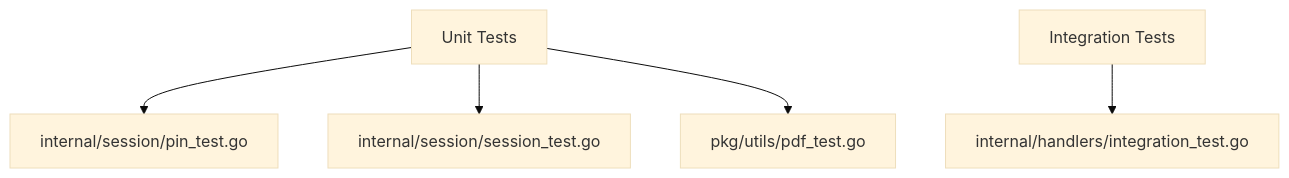
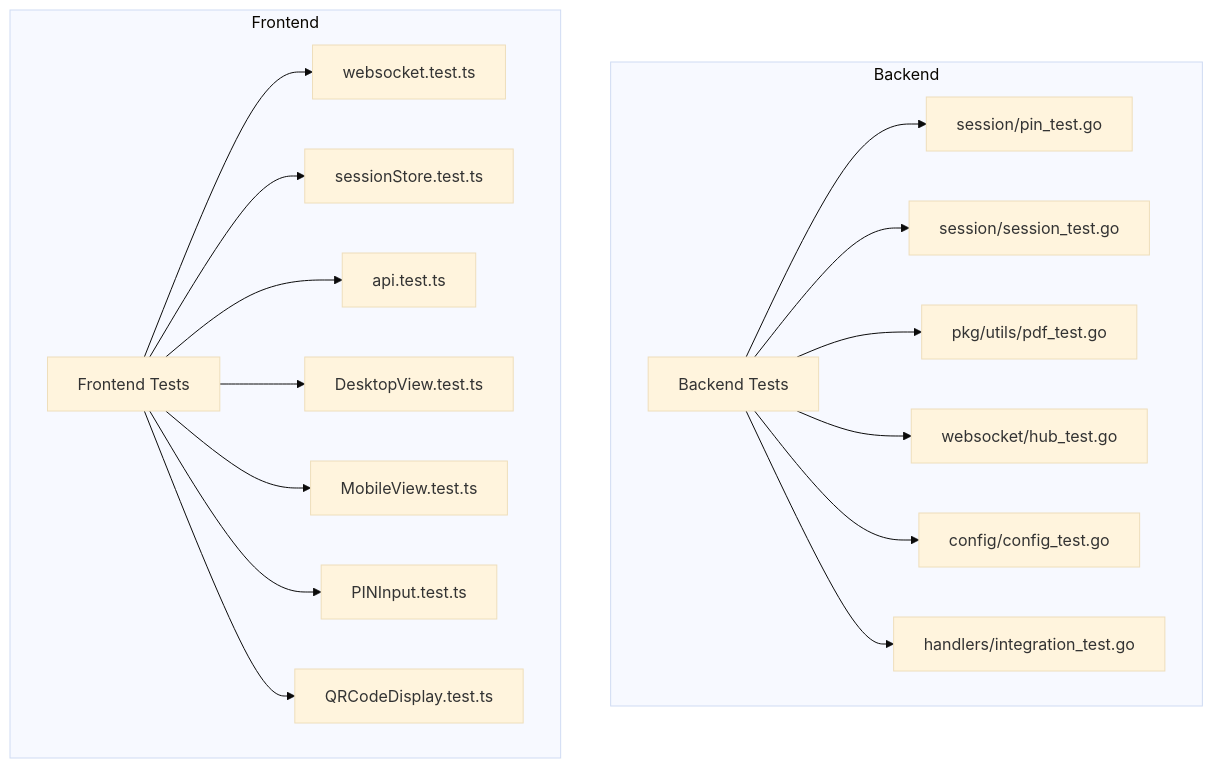
Before and after one commit to Garante83/DocFlow-: the tenth of 10 diagrams in map.md, drawn with Mermaid (base theme). The commit also changed other lines of this file, not shown here.

````diff
--- a/map.md
+++ b/map.md
@@ -547,7 +564,20 @@
 ```mermaid
 graph TD
-    A[Unit Tests] --> B[internal/session/pin_test.go]
-    A --> C[internal/session/session_test.go]
-    A --> D[pkg/utils/pdf_test.go]
-    E[Integration Tests] --> F[internal/handlers/integration_test.go]
+    subgraph Backend
+        BT[Backend Tests] --> BS[session/pin_test.go]
+        BT --> BS2[session/session_test.go]
+        BT --> BU[pkg/utils/pdf_test.go]
+        BT --> BH[websocket/hub_test.go]
+        BT --> BC[config/config_test.go]
+        BT --> BI[handlers/integration_test.go]
+    end
+    subgraph Frontend
+        FT[Frontend Tests] --> FW[websocket.test.ts]
+        FT --> FS[sessionStore.test.ts]
+        FT --> FA[api.test.ts]
+        FT --> FD[DesktopView.test.ts]
+        FT --> FM[MobileView.test.ts]
+        FT --> FP[PINInput.test.ts]
+        FT --> FQ[QRCodeDisplay.test.ts]
+    end
 ```
````
